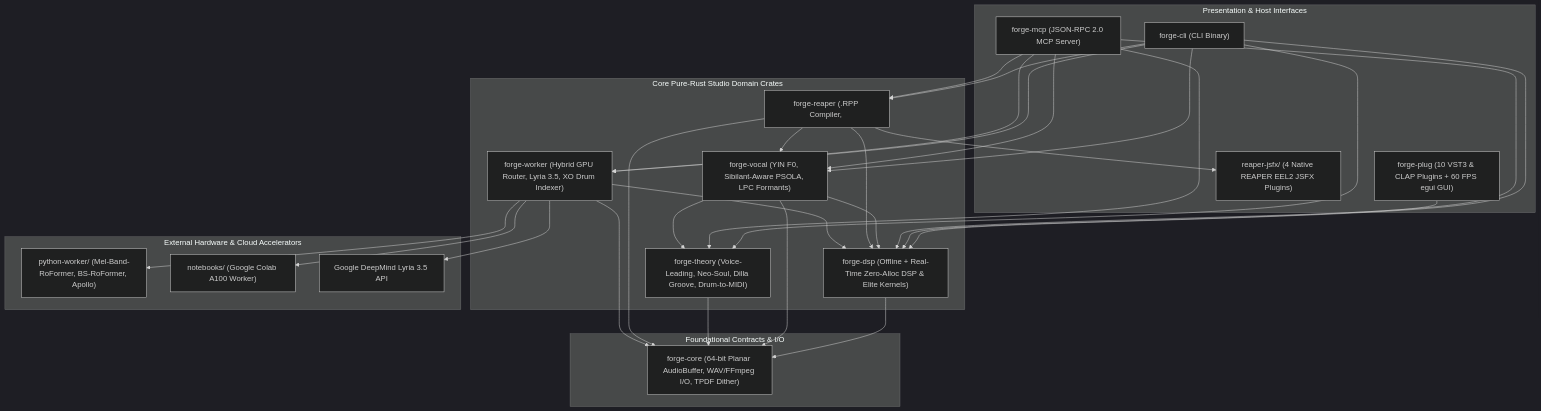
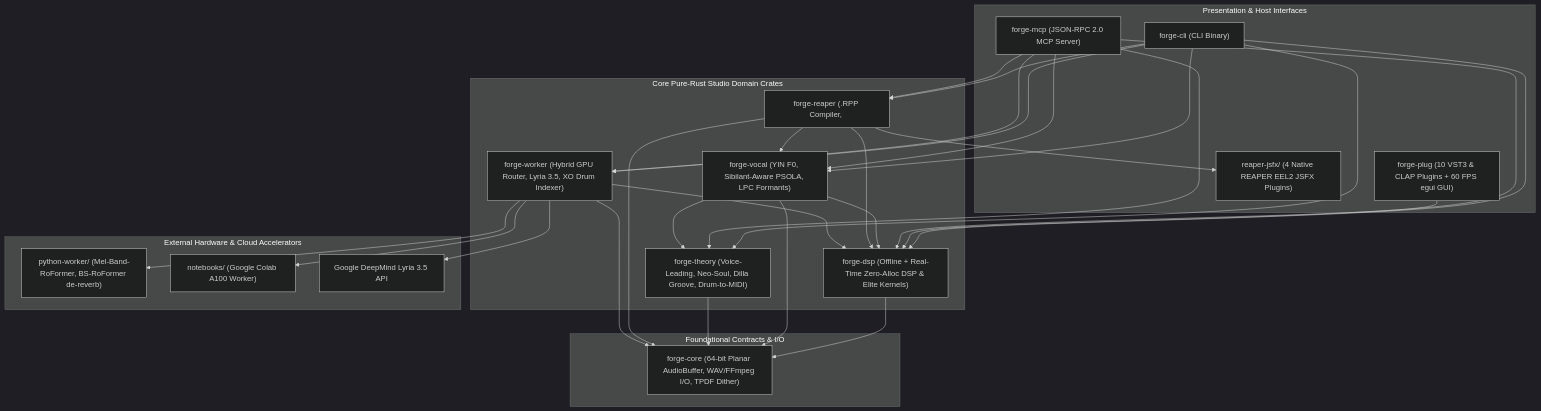
One commit to The-40-Thieves/audio-forge changed the diagram in docs/ARCHITECTURE_AND_ENGINEERING_GUIDE.md. Above: the diagram before and after it, drawn with Mermaid (dark theme). The commit also changed other lines of this file and 4 other files, not shown here.

````diff
--- a/docs/ARCHITECTURE_AND_ENGINEERING_GUIDE.md
+++ b/docs/ARCHITECTURE_AND_ENGINEERING_GUIDE.md
@@ -36,36 +36,36 @@
 ```mermaid
 flowchart TD
     subgraph Interfaces["Presentation & Host Interfaces"]
         CLI["forge-cli (CLI Binary)"]
         MCP["forge-mcp (JSON-RPC 2.0 MCP Server)"]
         PLUG["forge-plug (10 VST3 & CLAP Plugins + 60 FPS egui GUI)"]
         JSFX["reaper-jsfx/ (4 Native REAPER EEL2 JSFX Plugins)"]
     end
 
     subgraph Domain["Core Pure-Rust Studio Domain Crates"]
         DSP["forge-dsp (Offline + Real-Time Zero-Alloc DSP & Elite Kernels)"]
         VOCAL["forge-vocal (YIN F0, Sibilant-Aware PSOLA, LPC Formants)"]
         THEORY["forge-theory (Voice-Leading, Neo-Soul, Dilla Groove, Drum-to-MIDI)"]
         REAPER["forge-reaper (.RPP Compiler, <PITCHENV, SM, OSC, ISRC)"]
         WORKER["forge-worker (Hybrid GPU Router, Lyria 3.5, XO Drum Indexer)"]
     end
 
     subgraph Foundation["Foundational Contracts & I/O"]
         CORE["forge-core (64-bit Planar AudioBuffer, WAV/FFmpeg I/O, TPDF Dither)"]
     end
 
     subgraph External["External Hardware & Cloud Accelerators"]
-        UV["python-worker/ (Mel-Band-RoFormer, BS-RoFormer, Apollo)"]
+        UV["python-worker/ (Mel-Band-RoFormer, BS-RoFormer de-reverb)"]
         COLAB["notebooks/ (Google Colab A100 Worker)"]
         LYRIA["Google DeepMind Lyria 3.5 API"]
     end
 
     CLI --> DSP & VOCAL & THEORY & REAPER & WORKER
     MCP --> DSP & VOCAL & THEORY & REAPER & WORKER
     PLUG --> DSP
     DSP --> CORE
     VOCAL --> CORE & DSP & THEORY
     THEORY --> CORE
     REAPER --> CORE & DSP & VOCAL & JSFX
     WORKER --> CORE & DSP & UV & COLAB & LYRIA
 ```
````
